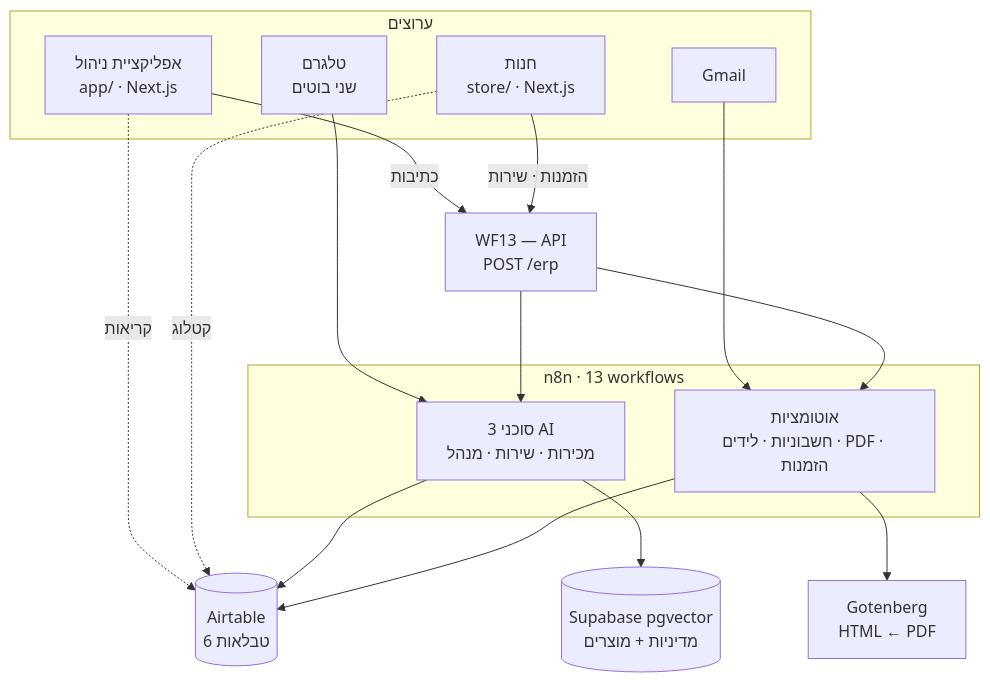
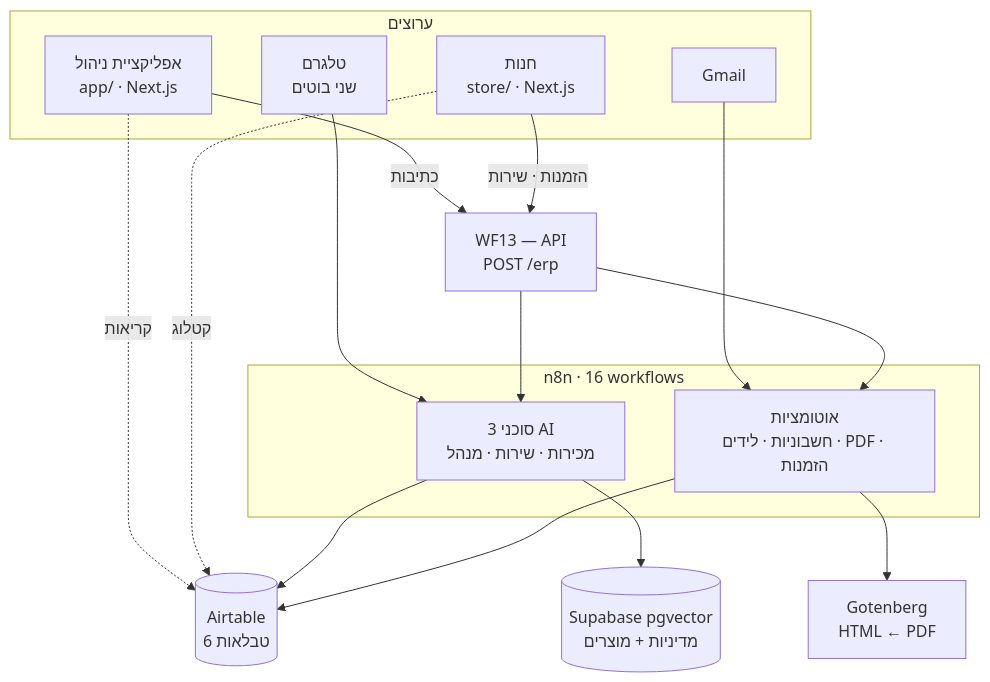
The diagram in README.md (felixk2404/ai-erp), drawn with Mermaid before and after one commit. The commit also changed other lines of this file and 14 other files, not shown here.

````diff
--- a/README.md
+++ b/README.md
@@ -24,33 +24,33 @@
 ```mermaid
 flowchart TB
     subgraph ch["ערוצים"]
         A["אפליקציית ניהול<br/>app/ · Next.js"]
         S["חנות<br/>store/ · Next.js"]
         T["טלגרם<br/>שני בוטים"]
         G["Gmail"]
     end
 
     W13["WF13 — API<br/>POST /erp"]
 
-    subgraph n8n["n8n · 13 workflows"]
+    subgraph n8n["n8n · 16 workflows"]
         AG["3 סוכני AI<br/>מכירות · שירות · מנהל"]
         AUTO["אוטומציות<br/>חשבוניות · לידים · PDF · הזמנות"]
     end
 
     AT[("Airtable<br/>6 טבלאות")]
     SB[("Supabase pgvector<br/>מדיניות + מוצרים")]
     GT["Gotenberg<br/>HTML ← PDF"]
 
     A -->|כתיבות| W13
     S -->|הזמנות · שירות| W13
     A -.->|קריאות| AT
     S -.->|קטלוג| AT
     T --> AG
     G --> AUTO
     W13 --> AG
     W13 --> AUTO
     AG --> AT
     AG --> SB
     AUTO --> AT
     AUTO --> GT
 ```
````
